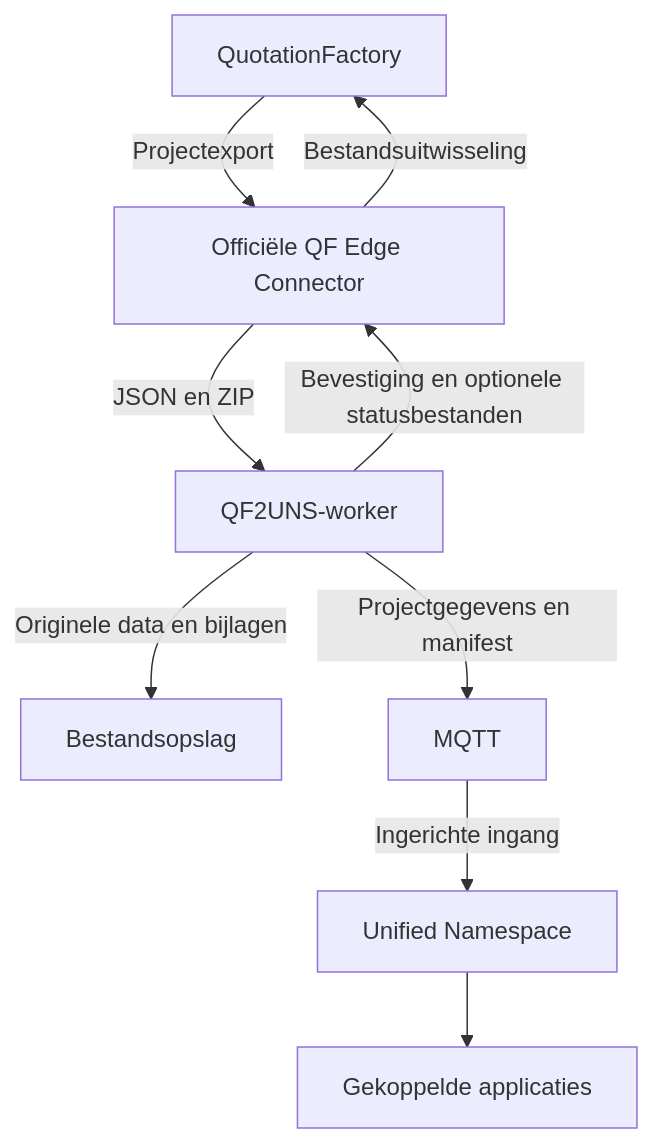
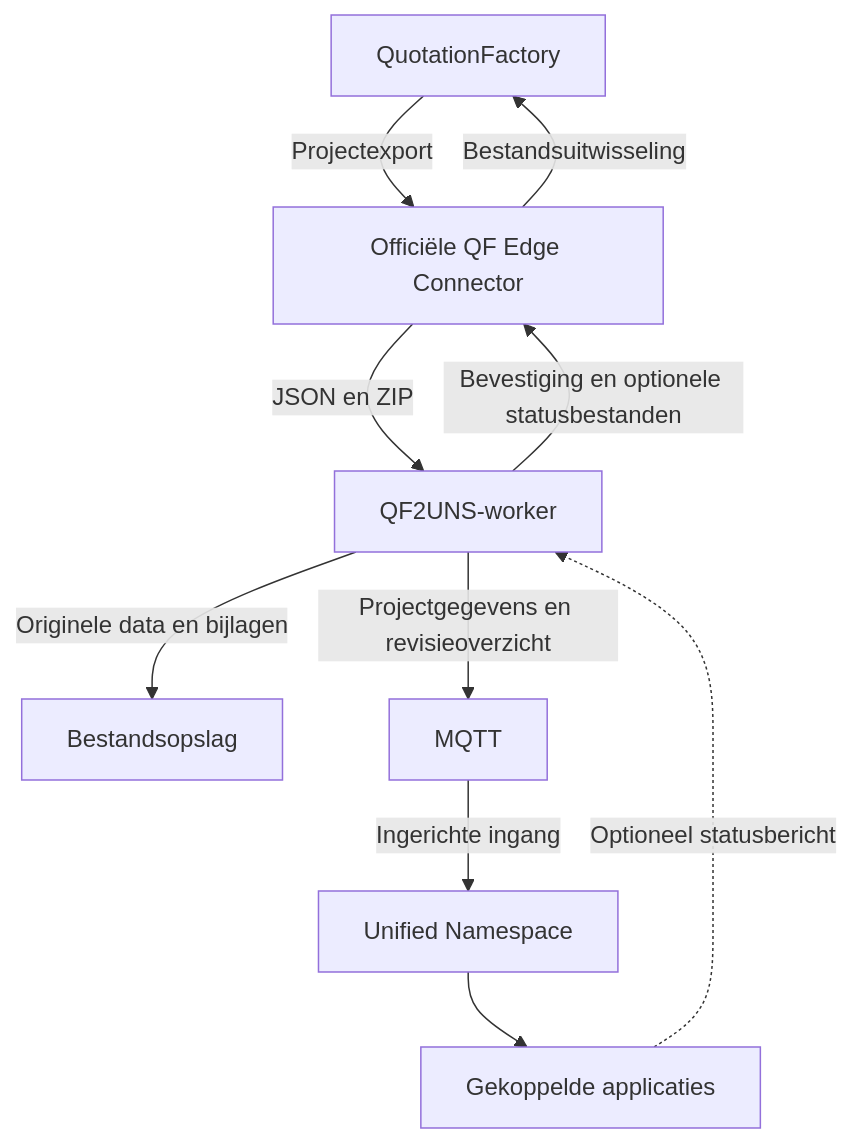
The diagram in nl/qf2uns/overview.mdx (SheetMetalConnect/smc-mintlify), drawn with Mermaid before and after one commit.

Commit message:
docs: clarify QF2UNS feedback and retries

````diff
--- a/nl/qf2uns/overview.mdx
+++ b/nl/qf2uns/overview.mdx
@@ -12,11 +12,12 @@
 ```mermaid
 flowchart TB
   QF["QuotationFactory"] -->|"Projectexport"| Edge["Officiële QF Edge Connector"]
   Edge -->|"JSON en ZIP"| Worker["QF2UNS-worker"]
   Worker -->|"Originele data en bijlagen"| Store["Bestandsopslag"]
-  Worker -->|"Projectgegevens en manifest"| MQTT["MQTT"]
+  Worker -->|"Projectgegevens en revisieoverzicht"| MQTT["MQTT"]
   MQTT -->|"Ingerichte ingang"| UNS["Unified Namespace"]
   UNS --> Consumers["Gekoppelde applicaties"]
+  Consumers -.->|"Optioneel statusbericht"| Worker
   Worker -->|"Bevestiging en optionele statusbestanden"| Edge
   Edge -->|"Bestandsuitwisseling"| QF
 ```
````
